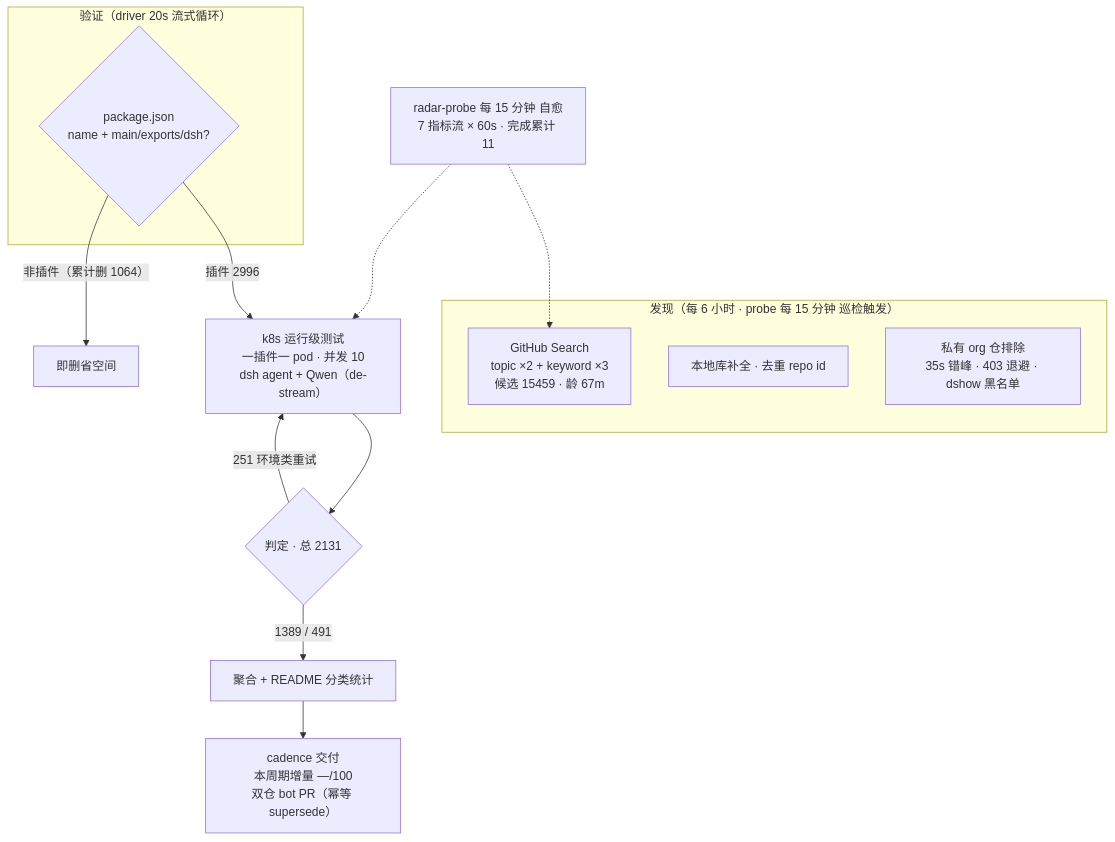
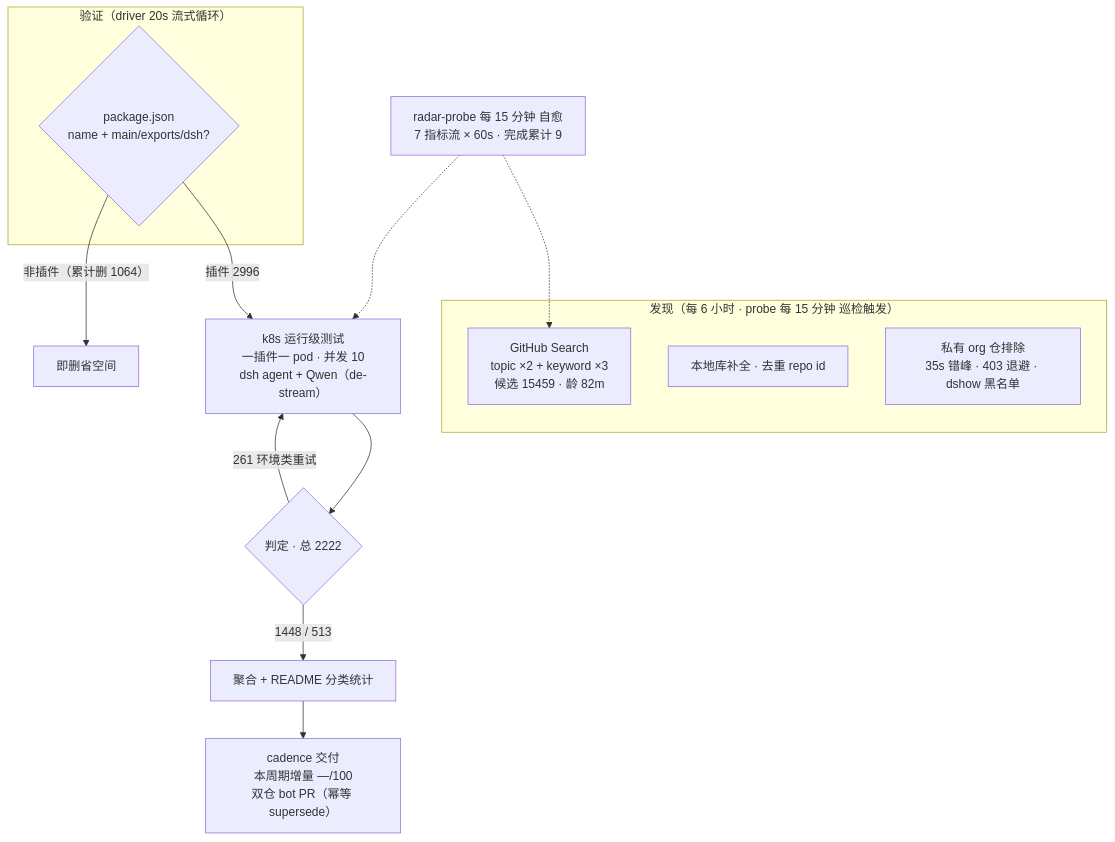
Before and after one commit to Zhidao-Lab-OSS/awesome-dsh-plugins: the diagram in README.md, drawn with Mermaid. The commit also changed other lines of this file and 1 other file, not shown here.

````diff
--- a/README.md
+++ b/README.md
@@ -37,20 +37,20 @@
 ```mermaid
 flowchart TB
     subgraph Discovery["发现（每 6 小时 · probe 每 15 分钟 巡检触发）"]
-        A1["GitHub Search<br/>topic ×2 + keyword ×3<br/>候选 15459 · 龄 67m"]
+        A1["GitHub Search<br/>topic ×2 + keyword ×3<br/>候选 15459 · 龄 82m"]
         A2["本地库补全 · 去重 repo id"]
         A3["私有 org 仓排除<br/>35s 错峰 · 403 退避 · dshow 黑名单"]
     end
     subgraph Validation["验证（driver 20s 流式循环）"]
         B1{"package.json<br/>name + main/exports/dsh?"}
     end
     B1 -->|"插件 2996"| C1["k8s 运行级测试<br/>一插件一 pod · 并发 10<br/>dsh agent + Qwen（de-stream）"]
     B1 -->|"非插件（累计删 1064）"| B3["即删省空间"]
-    C1 --> D1{"判定 · 总 2131"}
-    D1 -->|"1389 / 491"| E1["聚合 + README 分类统计"]
-    D1 -->|"251 环境类重试"| C1
+    C1 --> D1{"判定 · 总 2222"}
+    D1 -->|"1448 / 513"| E1["聚合 + README 分类统计"]
+    D1 -->|"261 环境类重试"| C1
     E1 --> E2["cadence 交付<br/>本周期增量 —/100<br/>双仓 bot PR（幂等 supersede）"]
-    M["radar-probe 每 15 分钟 自愈<br/>7 指标流 × 60s · 完成累计 11"]
+    M["radar-probe 每 15 分钟 自愈<br/>7 指标流 × 60s · 完成累计 9"]
     M -.-> A1
     M -.-> C1
 ```
````
